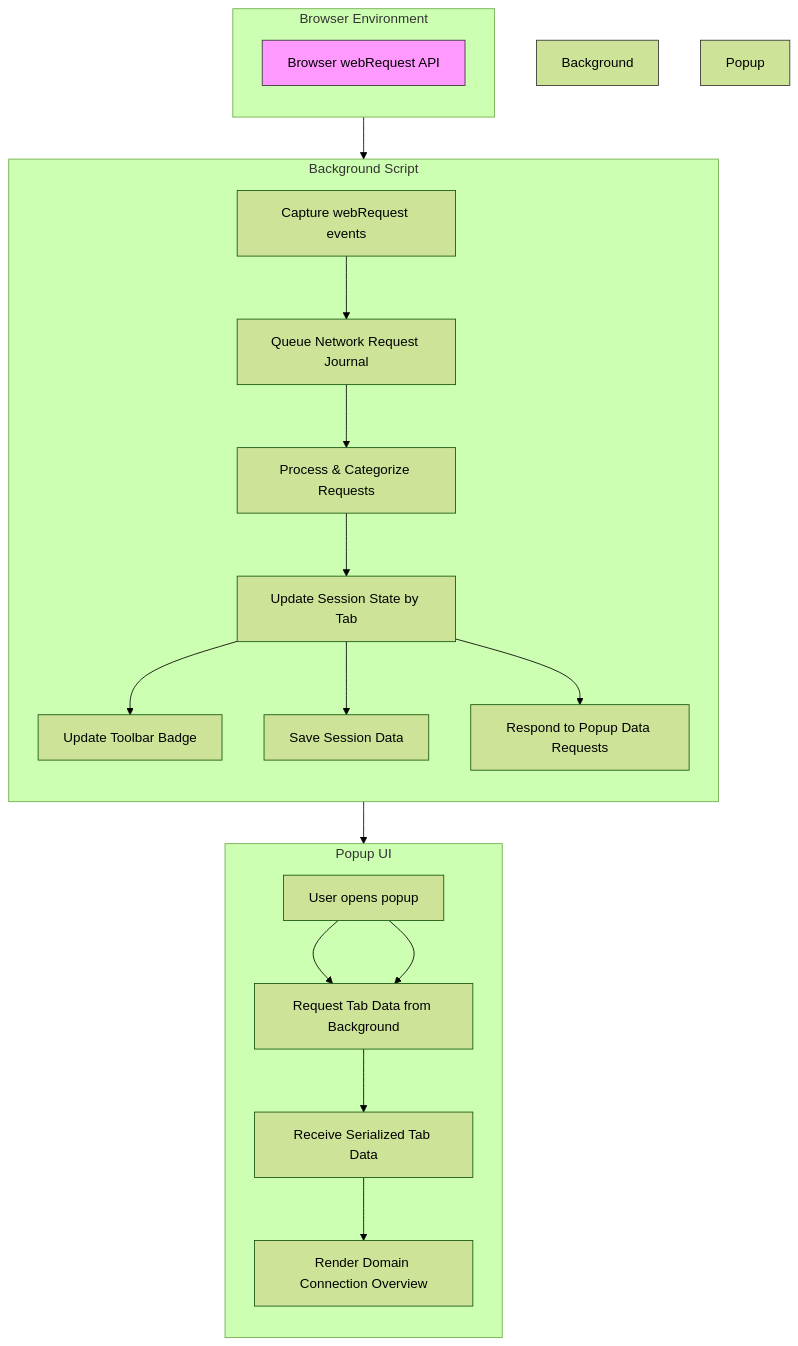
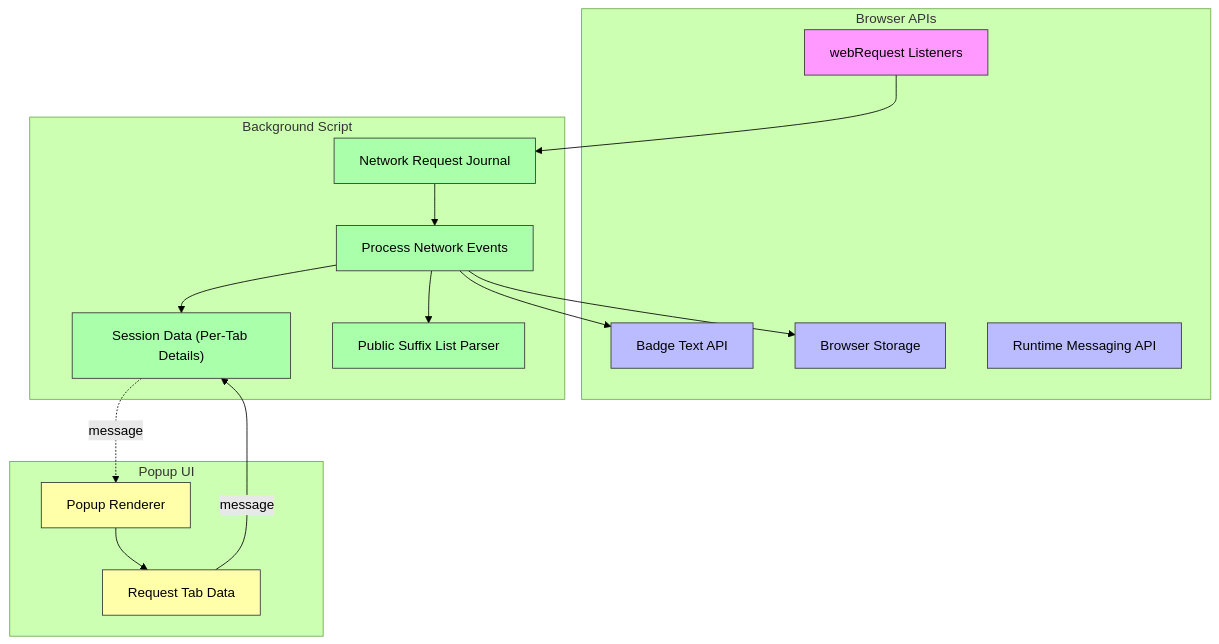
One commit to clidey/docucod-public-project-adf15a81-508f-4f0d-9083-12549e1f66a0 changed the diagram in overview/core-concepts-architecture/how-it-works-architecture.mdx. Above: the diagram before and after it, drawn with Mermaid (forest theme). The commit also changed other lines of this file and 18 other files, not shown here.

````diff
--- a/overview/core-concepts-architecture/how-it-works-architecture.mdx
+++ b/overview/core-concepts-architecture/how-it-works-architecture.mdx
@@ -44,33 +99,46 @@
 ```mermaid
 flowchart TD
 
-  subgraph Browser Environment
-    direction TB
-    WebRequestAPI["Browser webRequest API"]
+  subgraph Browser APIs
+    webRequestListeners["webRequest Listeners"]
+    badgeAPI["Badge Text API"]
+    storageAPI["Browser Storage"]
+    messagingAPI["Runtime Messaging API"]
   end
 
   subgraph Background Script
-    direction TB
-    CaptureRequests["Capture webRequest events"] --> QueueJournal["Queue Network Request Journal"]
-    QueueJournal --> ProcessJournal["Process & Categorize Requests"]
-    ProcessJournal --> UpdateSession["Update Session State by Tab"]
-    UpdateSession --> UpdateBadge["Update Toolbar Badge"]
-    UpdateSession --> StoreSession["Save Session Data"]
-    UpdateSession --> RespondPopup["Respond to Popup Data Requests"]
+    queueJournal["Network Request Journal"]
+    processHandler["Process Network Events"]
+    sessionData["Session Data (Per-Tab Details)"]
+    publicSuffixList["Public Suffix List Parser"]
   end
 
   subgraph Popup UI
-    direction TB
-    UserOpensPopup["User opens popup"] --> RequestData["Request Tab Data from Background"]
-    RequestData --> ReceiveData["Receive Serialized Tab Data"]
-    ReceiveData --> RenderUI["Render Domain Connection Overview"]
+    uiRenderer["Popup Renderer"]
+    dataRequest["Request Tab Data"]
   end
 
-  WebRequestAPI --> CaptureRequests
-  UserOpensPopup --> RequestData
-  RespondPopup --> ReceiveData
+  webRequestListeners --> queueJournal
+  queueJournal --> processHandler
+  processHandler --> sessionData
+  processHandler --> badgeAPI
+  processHandler --> storageAPI
+  processHandler --> publicSuffixList
 
-  style WebRequestAPI fill:#f9f,stroke:#333,stroke-width:1px
-  style Background Script fill:#bbf,stroke:#333,stroke-width:1px
-  style Popup UI fill:#bfb,stroke:#333,stroke-width:1px
+  uiRenderer --> dataRequest
+  dataRequest -->|message| sessionData
+  sessionData -. message .-> uiRenderer
+
+  style webRequestListeners fill:#f9f,stroke:#333,stroke-width:1px;
+  style badgeAPI fill:#bbf,stroke:#333,stroke-width:1px;
+  style storageAPI fill:#bbf,stroke:#333,stroke-width:1px;
+  style messagingAPI fill:#bbf,stroke:#333,stroke-width:1px;
+
+  style queueJournal fill:#afa,stroke:#333,stroke-width:1px;
+  style processHandler fill:#afa,stroke:#333,stroke-width:1px;
+  style sessionData fill:#afa,stroke:#333,stroke-width:1px;
+  style publicSuffixList fill:#afa,stroke:#333,stroke-width:1px;
+
+  style uiRenderer fill:#ffa,stroke:#333,stroke-width:1px;
+  style dataRequest fill:#ffa,stroke:#333,stroke-width:1px;
 ```
````
